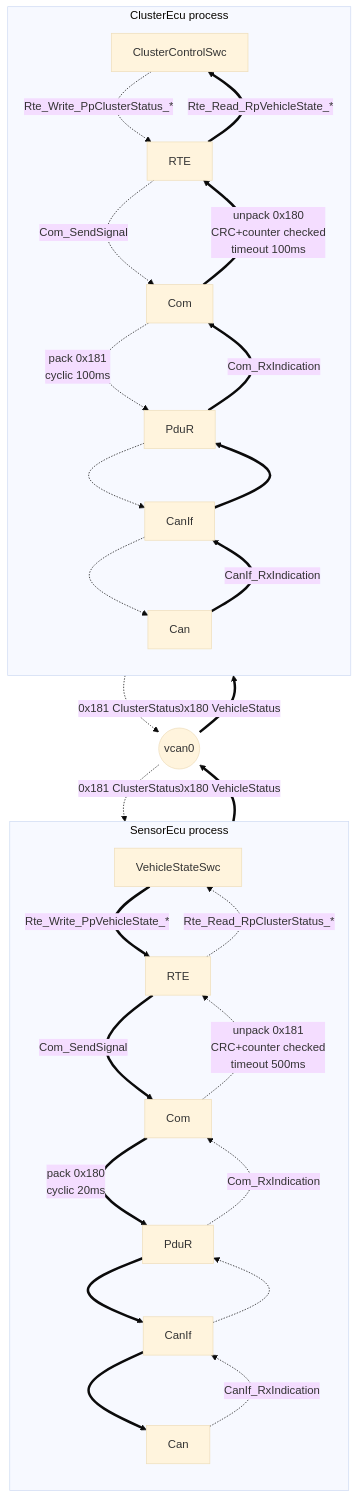
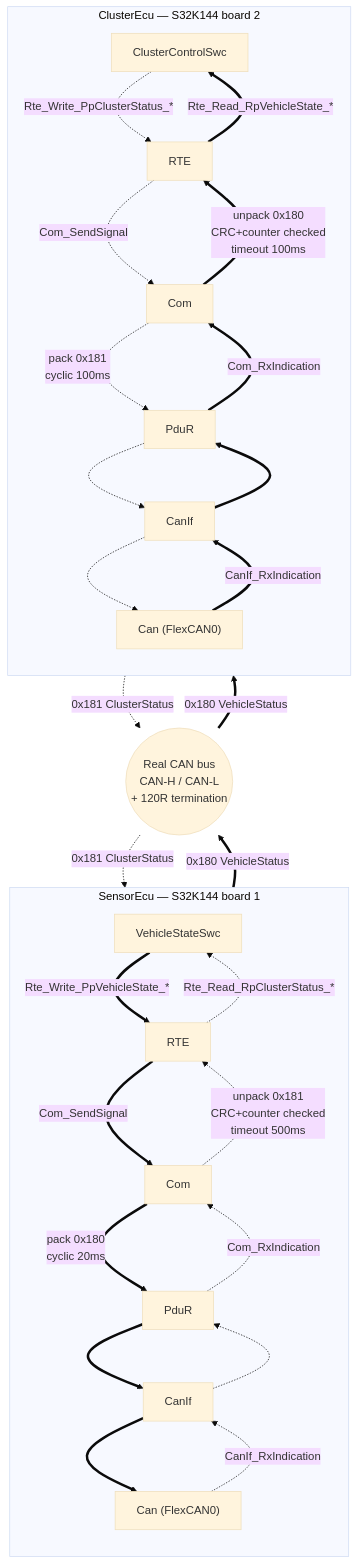
The fourth of 4 diagrams in docs/ARCHITECTURE.md (TTonyVi/autosar_s1), drawn with Mermaid (base theme) before and after one commit. The commit also changed other lines of this file and 203 other files, not shown here.

````diff
--- a/docs/ARCHITECTURE.md
+++ b/docs/ARCHITECTURE.md
@@ -361,51 +426,51 @@
 ```mermaid
 flowchart TB
-    subgraph SE["SensorEcu process"]
+    subgraph SE["SensorEcu — S32K144 board 1"]
         direction TB
         SE_SWC["VehicleStateSwc"]
         SE_RTE["RTE"]
         SE_COM["Com"]
         SE_PDUR["PduR"]
         SE_CANIF["CanIf"]
-        SE_CAN["Can"]
+        SE_CAN["Can (FlexCAN0)"]
 
         SE_SWC ==>|"Rte_Write_PpVehicleState_*"| SE_RTE
         SE_RTE ==>|"Com_SendSignal"| SE_COM
         SE_COM ==>|"pack 0x180\ncyclic 20ms"| SE_PDUR
         SE_PDUR ==> SE_CANIF ==> SE_CAN
 
         SE_CAN -.->|"CanIf_RxIndication"| SE_CANIF
         SE_CANIF -.-> SE_PDUR
         SE_PDUR -.->|"Com_RxIndication"| SE_COM
         SE_COM -.->|"unpack 0x181\nCRC+counter checked\ntimeout 500ms"| SE_RTE
         SE_RTE -.->|"Rte_Read_RpClusterStatus_*"| SE_SWC
     end
 
-    BUS(("vcan0"))
+    BUS(("Real CAN bus\nCAN-H / CAN-L\n+ 120R termination"))
 
-    subgraph CE["ClusterEcu process"]
+    subgraph CE["ClusterEcu — S32K144 board 2"]
         direction TB
         CE_SWC["ClusterControlSwc"]
         CE_RTE["RTE"]
         CE_COM["Com"]
         CE_PDUR["PduR"]
         CE_CANIF["CanIf"]
-        CE_CAN["Can"]
+        CE_CAN["Can (FlexCAN0)"]
 
         CE_CAN ==>|"CanIf_RxIndication"| CE_CANIF
         CE_CANIF ==> CE_PDUR
         CE_PDUR ==>|"Com_RxIndication"| CE_COM
         CE_COM ==>|"unpack 0x180\nCRC+counter checked\ntimeout 100ms"| CE_RTE
         CE_RTE ==>|"Rte_Read_RpVehicleState_*"| CE_SWC
 
         CE_SWC -.->|"Rte_Write_PpClusterStatus_*"| CE_RTE
         CE_RTE -.->|"Com_SendSignal"| CE_COM
         CE_COM -.->|"pack 0x181\ncyclic 100ms"| CE_PDUR
         CE_PDUR -.-> CE_CANIF -.-> CE_CAN
     end
 
     SE_CAN ==>|"0x180 VehicleStatus"| BUS
     BUS ==>|"0x180 VehicleStatus"| CE_CAN
     CE_CAN -.->|"0x181 ClusterStatus"| BUS
     BUS -.->|"0x181 ClusterStatus"| SE_CAN
 ```
````
